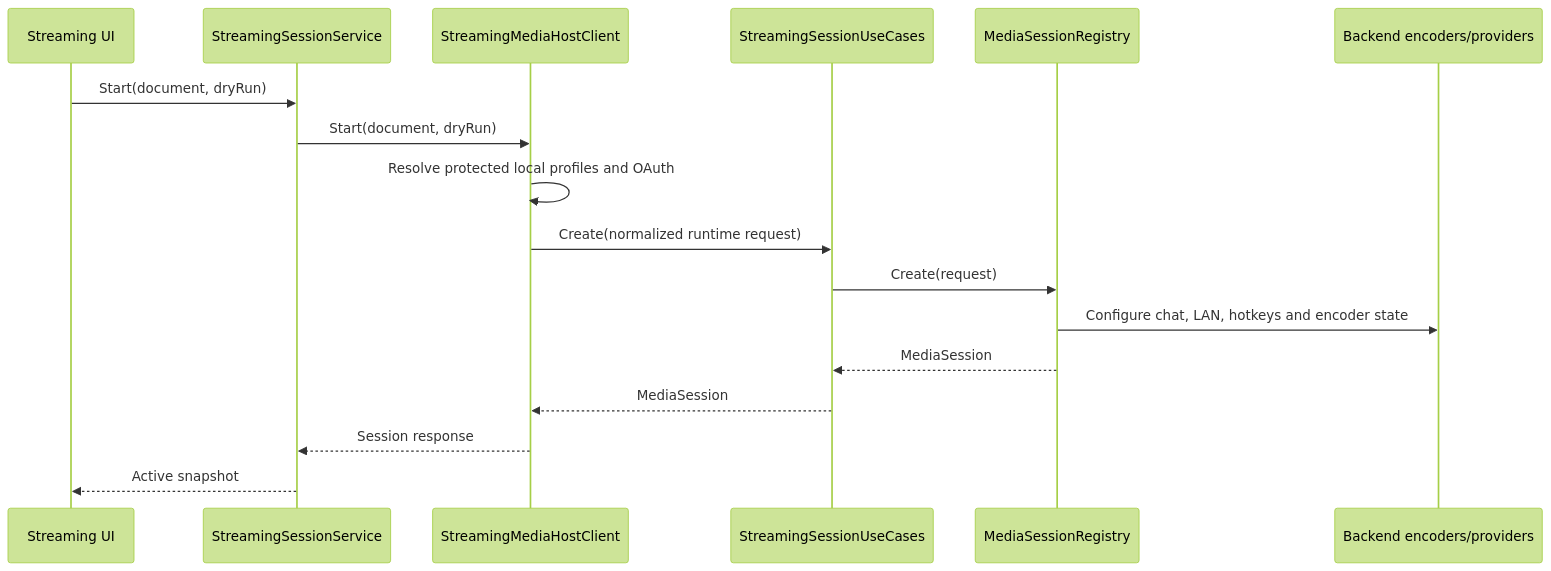
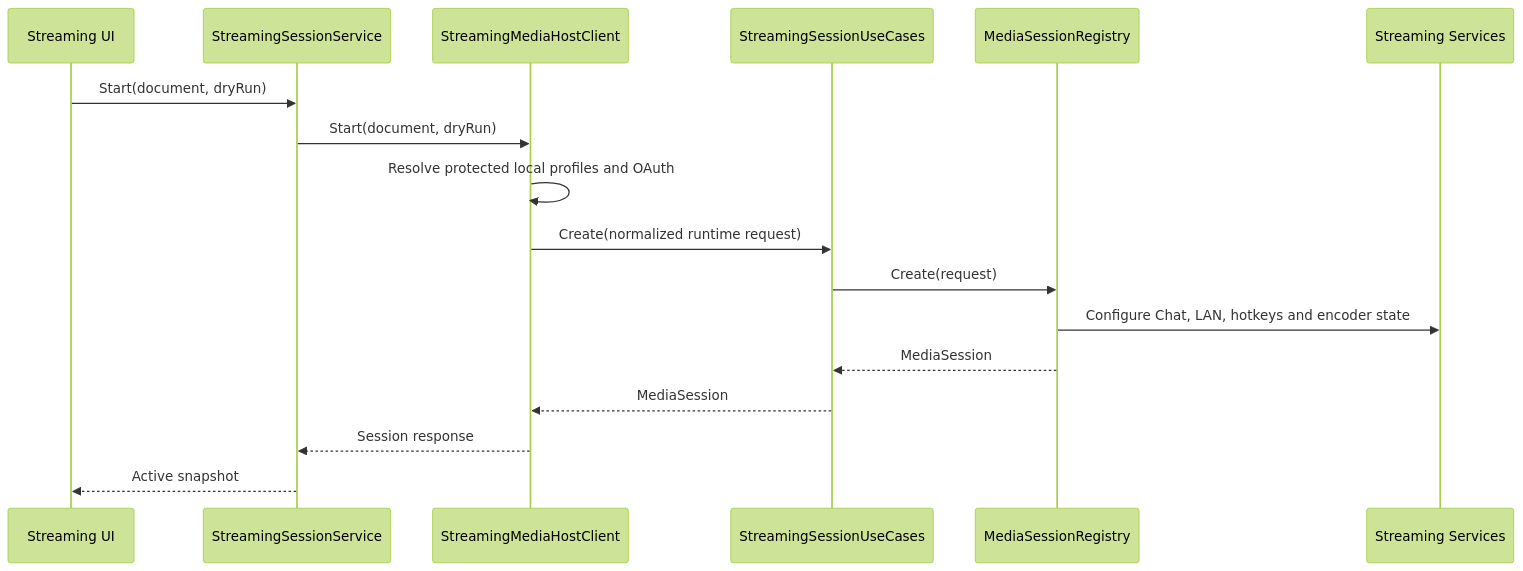
The second of 3 diagrams in PublisherStudio/docs/architecture/streaming.md (Michi0403/BlazorPublisher), drawn with Mermaid (forest theme) before and after one commit. The commit also changed other lines of this file and 78 other files, not shown here.

````diff
--- a/PublisherStudio/docs/architecture/streaming.md
+++ b/PublisherStudio/docs/architecture/streaming.md
@@ -28,20 +38,20 @@
 ```mermaid
 sequenceDiagram
     participant UI as Streaming UI
     participant E as StreamingSessionService
     participant F as StreamingMediaHostClient
     participant U as StreamingSessionUseCases
     participant R as MediaSessionRegistry
-    participant B as Backend encoders/providers
+    participant S as Streaming Services
 
     UI->>E: Start(document, dryRun)
     E->>F: Start(document, dryRun)
     F->>F: Resolve protected local profiles and OAuth
     F->>U: Create(normalized runtime request)
     U->>R: Create(request)
-    R->>B: Configure chat, LAN, hotkeys and encoder state
+    R->>S: Configure Chat, LAN, hotkeys and encoder state
     R-->>U: MediaSession
     U-->>F: MediaSession
     F-->>E: Session response
     E-->>UI: Active snapshot
 ```
````
